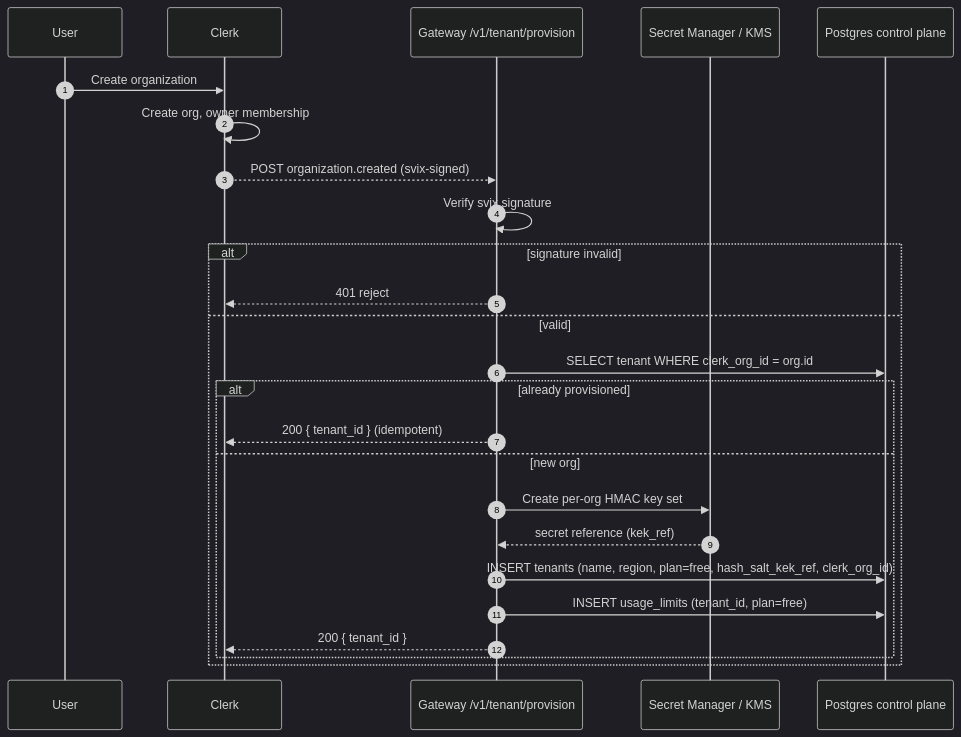
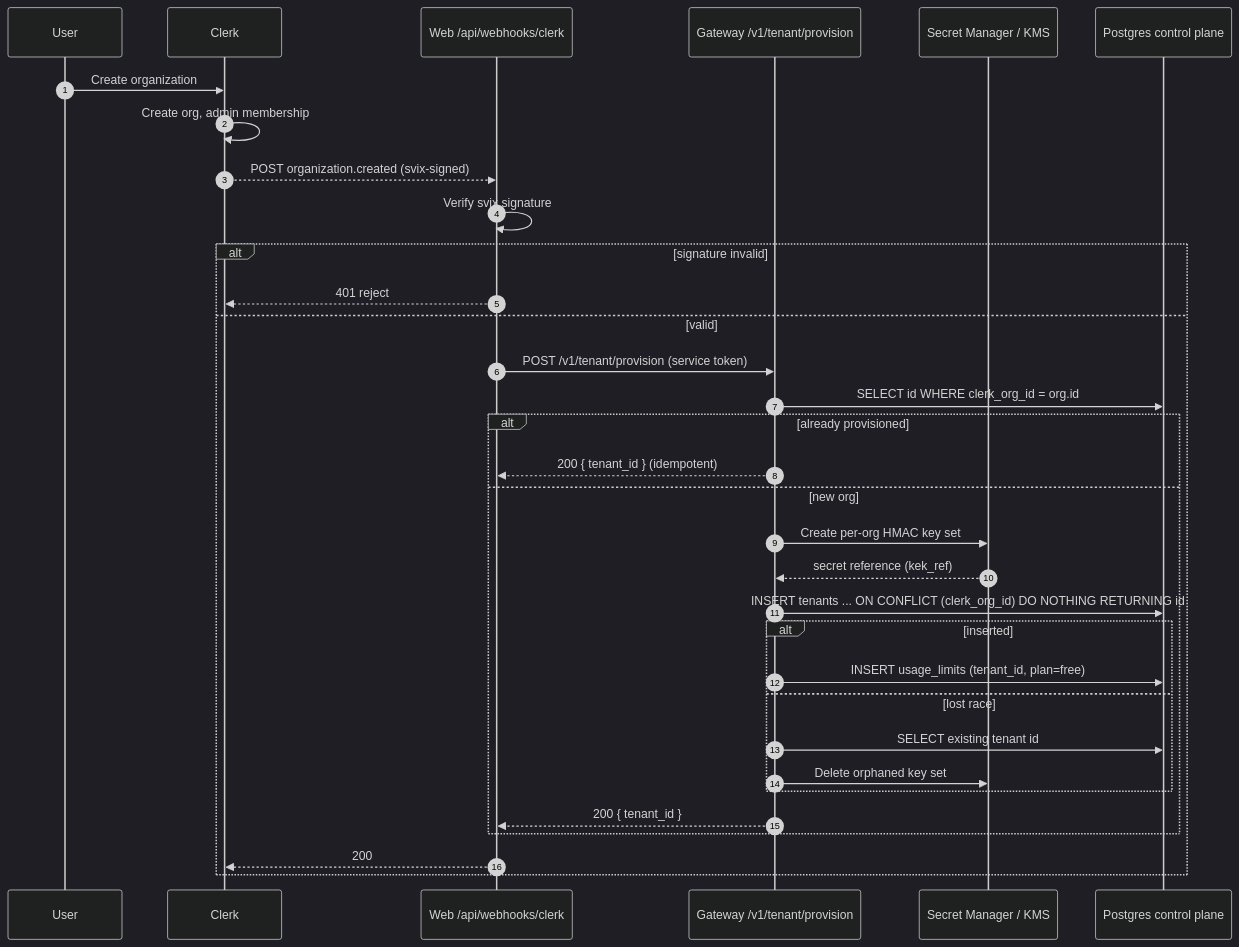
The diagram in docs/specs/initiative-1-orgs-and-access.md (jain-aanchal/ai-tally), drawn with Mermaid (dark theme) before and after one commit. The commit also changed other lines of this file, not shown here.

````diff
--- a/docs/specs/initiative-1-orgs-and-access.md
+++ b/docs/specs/initiative-1-orgs-and-access.md
@@ -191,28 +216,36 @@
 ```mermaid
 sequenceDiagram
     autonumber
     participant User
     participant Clerk
+    participant Web as Web /api/webhooks/clerk
     participant GW as Gateway /v1/tenant/provision
     participant SM as Secret Manager / KMS
     participant PG as Postgres control plane
 
     User->>Clerk: Create organization
-    Clerk->>Clerk: Create org, owner membership
-    Clerk-->>GW: POST organization.created (svix-signed)
-    GW->>GW: Verify svix signature
+    Clerk->>Clerk: Create org, admin membership
+    Clerk-->>Web: POST organization.created (svix-signed)
+    Web->>Web: Verify svix signature
     alt signature invalid
-        GW-->>Clerk: 401 reject
+        Web-->>Clerk: 401 reject
     else valid
-        GW->>PG: SELECT tenant WHERE clerk_org_id = org.id
+        Web->>GW: POST /v1/tenant/provision (service token)
+        GW->>PG: SELECT id WHERE clerk_org_id = org.id
         alt already provisioned
-            GW-->>Clerk: 200 { tenant_id } (idempotent)
+            GW-->>Web: 200 { tenant_id } (idempotent)
         else new org
             GW->>SM: Create per-org HMAC key set
             SM-->>GW: secret reference (kek_ref)
-            GW->>PG: INSERT tenants (name, region, plan=free, hash_salt_kek_ref, clerk_org_id)
-            GW->>PG: INSERT usage_limits (tenant_id, plan=free)
-            GW-->>Clerk: 200 { tenant_id }
+            GW->>PG: INSERT tenants ... ON CONFLICT (clerk_org_id) DO NOTHING RETURNING id
+            alt inserted
+                GW->>PG: INSERT usage_limits (tenant_id, plan=free)
+            else lost race
+                GW->>PG: SELECT existing tenant id
+                GW->>SM: Delete orphaned key set
+            end
+            GW-->>Web: 200 { tenant_id }
         end
+        Web-->>Clerk: 200
     end
 ```
````
